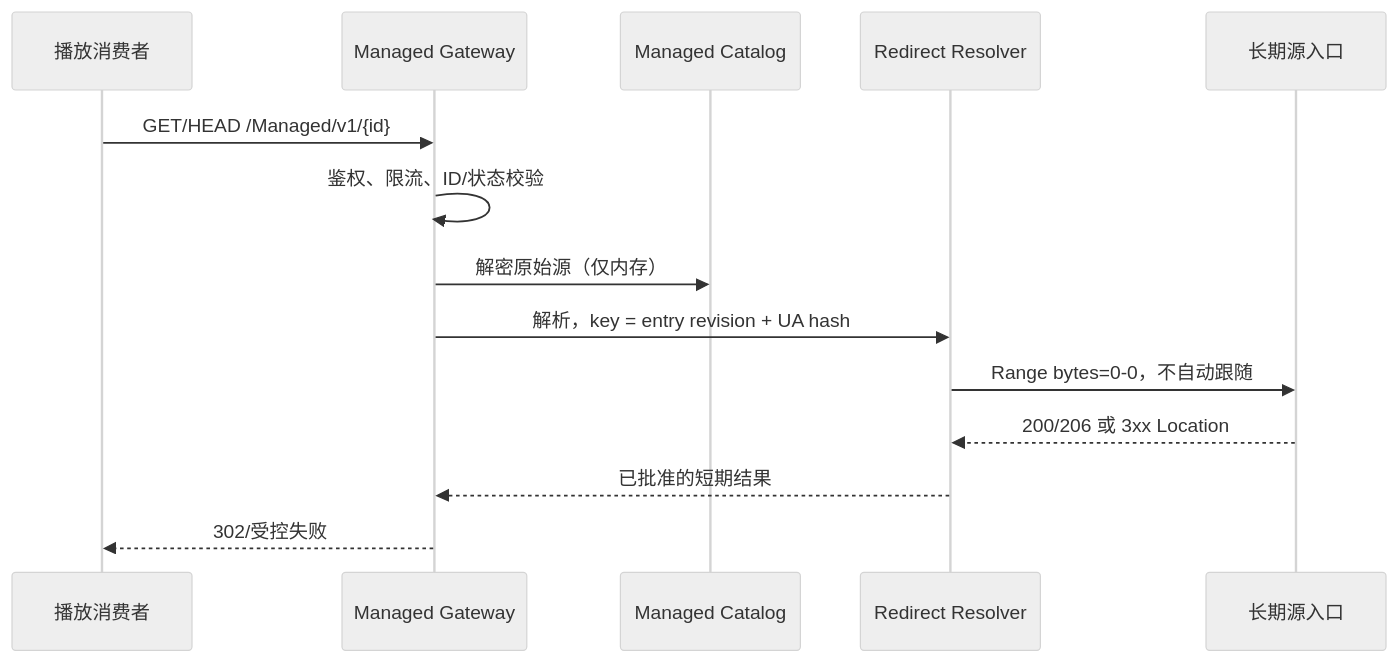
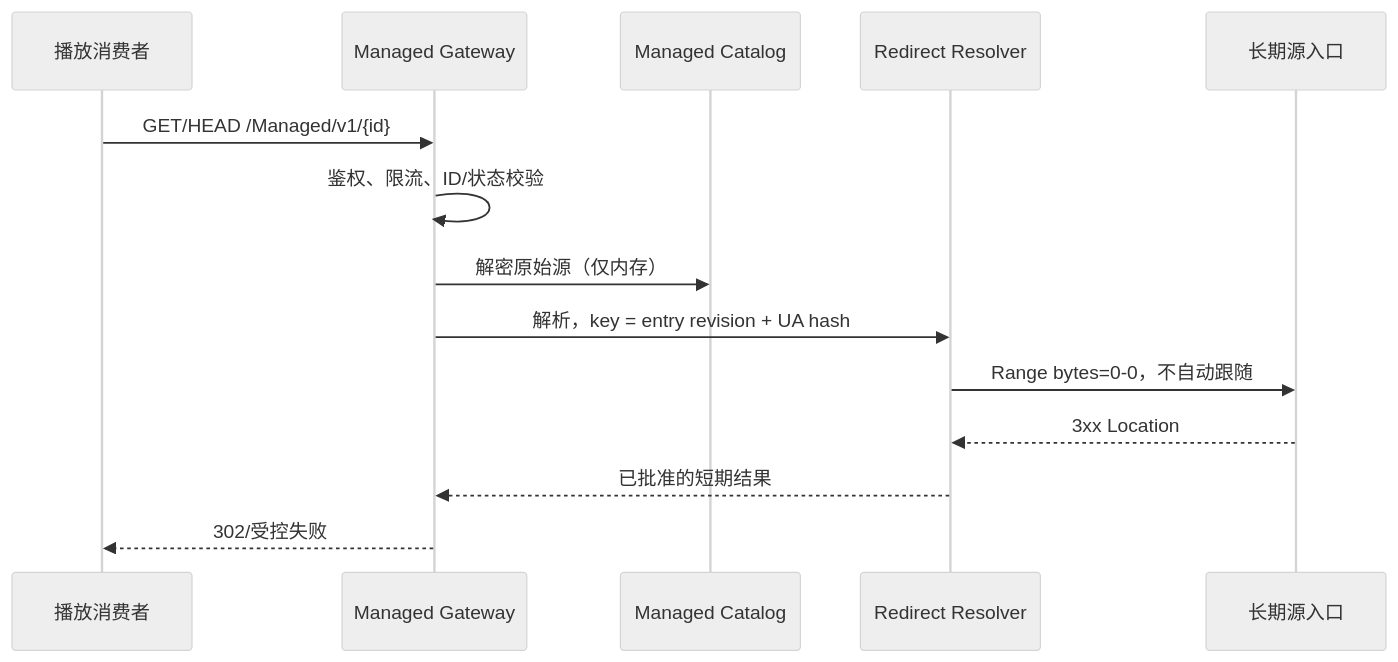
The third of 3 diagrams in docs/MANAGED_STRM_DESIGN.md (Kectai/emby-strm-bridge), drawn with Mermaid (neutral theme) before and after one commit. The commit also changed other lines of this file, not shown here.

Commit message:
docs: refine managed STRM architecture decision

````diff
--- a/docs/MANAGED_STRM_DESIGN.md
+++ b/docs/MANAGED_STRM_DESIGN.md
@@ -471,17 +517,17 @@
 ```mermaid
 sequenceDiagram
     participant Client as 播放消费者
     participant Gateway as Managed Gateway
     participant Catalog as Managed Catalog
     participant Resolver as Redirect Resolver
     participant Source as 长期源入口
 
     Client->>Gateway: GET/HEAD /Managed/v1/{id}
     Gateway->>Gateway: 鉴权、限流、ID/状态校验
     Gateway->>Catalog: 解密原始源（仅内存）
     Gateway->>Resolver: 解析，key = entry revision + UA hash
     Resolver->>Source: Range bytes=0-0，不自动跟随
-    Source-->>Resolver: 200/206 或 3xx Location
+    Source-->>Resolver: 3xx Location
     Resolver-->>Gateway: 已批准的短期结果
     Gateway-->>Client: 302/受控失败
 ```
````
